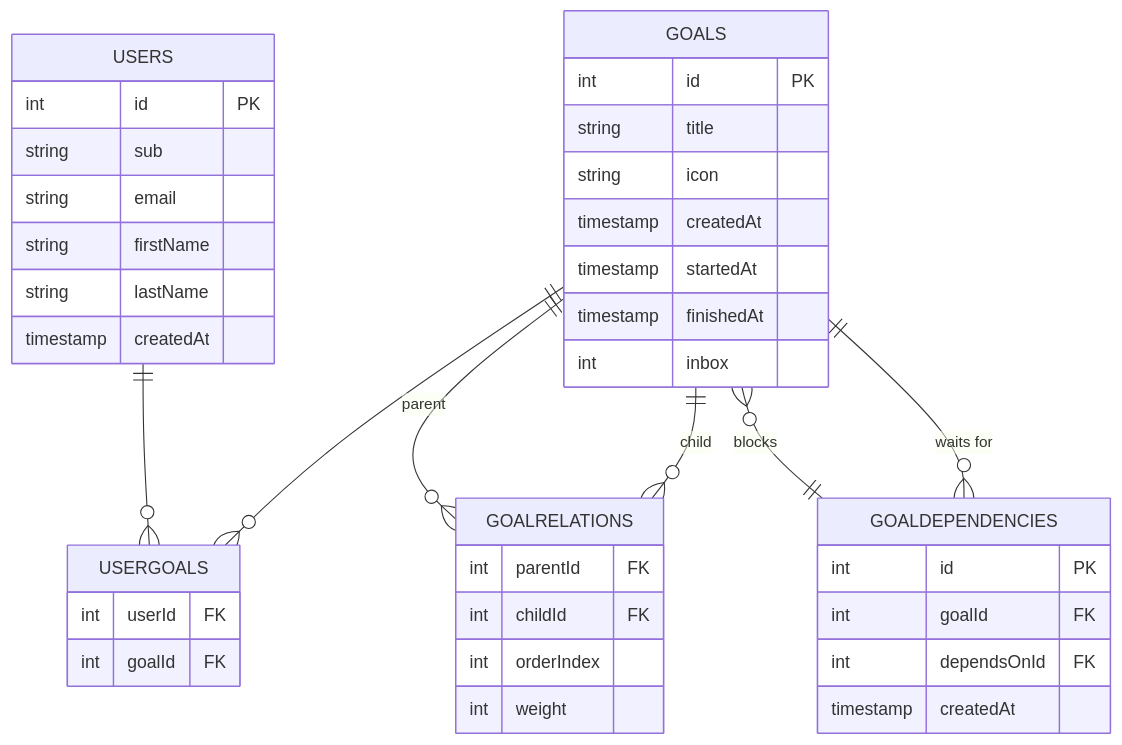
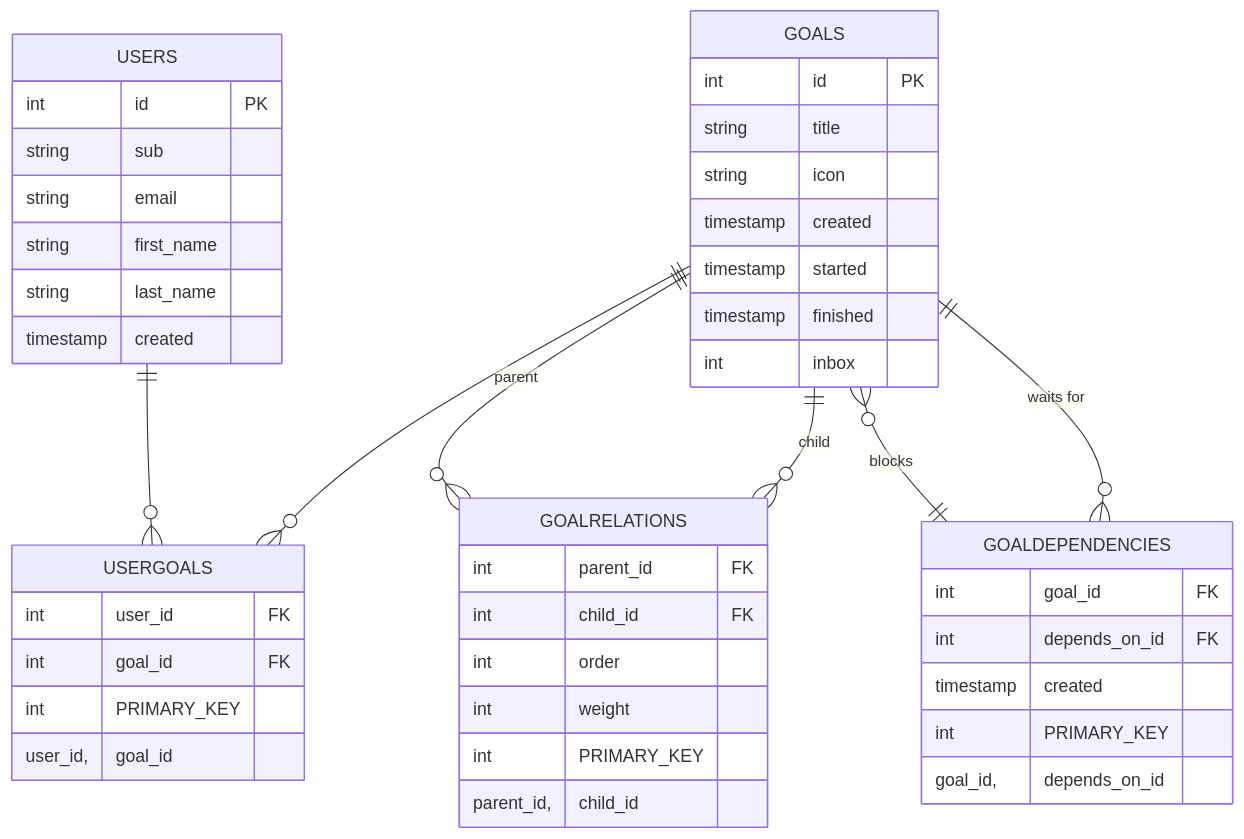
One commit to simonbrundin/plan changed the diagram in README.md. Above: the diagram before and after it, drawn with Mermaid.

Commit message:
fix: match schema.sql structure - compound PKs and correct column names

````diff
--- a/README.md
+++ b/README.md
@@ -15,42 +15,44 @@
 ```mermaid
 erDiagram
     USERS {
         int id PK
         string sub
         string email
-        string firstName
-        string lastName
-        timestamp createdAt
+        string first_name
+        string last_name
+        timestamp created
     }
     GOALS {
         int id PK
         string title
         string icon
-        timestamp createdAt
-        timestamp startedAt
-        timestamp finishedAt
+        timestamp created
+        timestamp started
+        timestamp finished
         int inbox
     }
     USERGOALS {
-        int userId FK
-        int goalId FK
+        int user_id FK
+        int goal_id FK
+        int PRIMARY_KEY user_id, goal_id
     }
     GOALRELATIONS {
-        int parentId FK
-        int childId FK
-        int orderIndex
+        int parent_id FK
+        int child_id FK
+        int order
         int weight
+        int PRIMARY_KEY parent_id, child_id
     }
     GOALDEPENDENCIES {
-        int id PK
-        int goalId FK
-        int dependsOnId FK
-        timestamp createdAt
+        int goal_id FK
+        int depends_on_id FK
+        timestamp created
+        int PRIMARY_KEY goal_id, depends_on_id
     }
     USERS ||--o{ USERGOALS : ""
     GOALS ||--o{ USERGOALS : ""
     GOALS ||--o{ GOALRELATIONS : "parent"
     GOALS ||--o{ GOALRELATIONS : "child"
     GOALDEPENDENCIES }o--|| GOALS : "waits for"
     GOALS }o--|| GOALDEPENDENCIES : "blocks"
 ```
````
